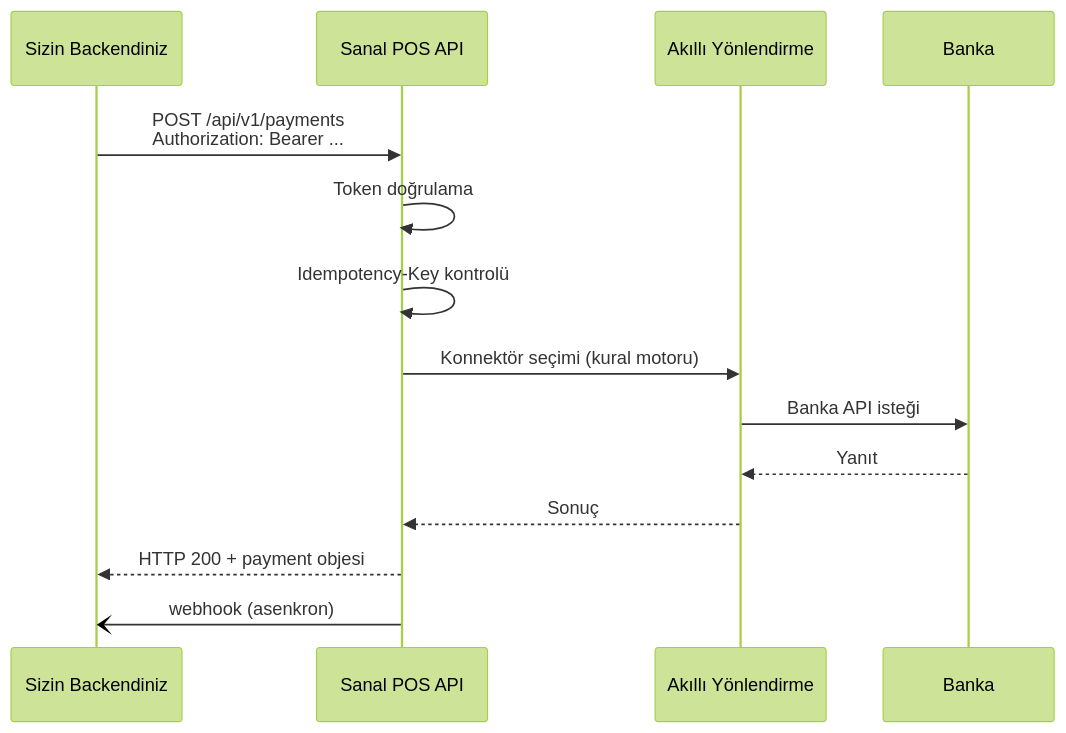
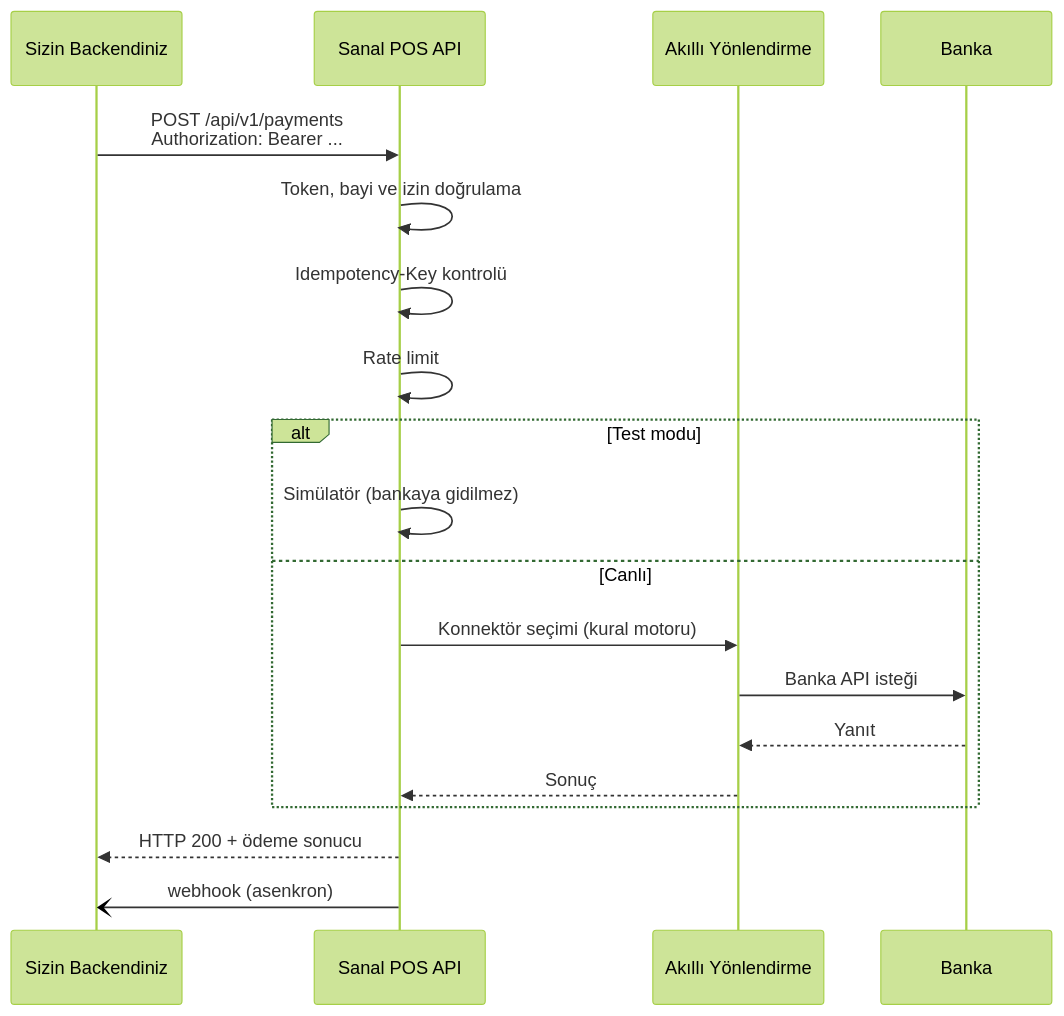
The third of 3 diagrams in documentation/architecture.mdx (payment-pos/mintlify), drawn with Mermaid (forest theme) before and after one commit. The commit also changed other lines of this file and 135 other files, not shown here.

Commit message:
docs: dokumantasyon kodla hizalandi - yeni urun bolumleri (fatura odeme, e-fatura, isyeri API, MCP, eklentiler), Sanal POS/Para Transferi/Identity/Fraud yeniden yazim, test modu ve entegratör ifadeleri

````diff
--- a/documentation/architecture.mdx
+++ b/documentation/architecture.mdx
@@ -69,17 +71,22 @@
 ```mermaid
 sequenceDiagram
     participant App as Sizin Backendiniz
     participant API as Sanal POS API
     participant Routing as Akıllı Yönlendirme
     participant Bank as Banka
 
     App->>API: POST /api/v1/payments<br/>Authorization: Bearer ...
-    API->>API: Token doğrulama
+    API->>API: Token, bayi ve izin doğrulama
     API->>API: Idempotency-Key kontrolü
-    API->>Routing: Konnektör seçimi (kural motoru)
-    Routing->>Bank: Banka API isteği
-    Bank-->>Routing: Yanıt
-    Routing-->>API: Sonuç
-    API-->>App: HTTP 200 + payment objesi
+    API->>API: Rate limit
+    alt Test modu
+        API->>API: Simülatör (bankaya gidilmez)
+    else Canlı
+        API->>Routing: Konnektör seçimi (kural motoru)
+        Routing->>Bank: Banka API isteği
+        Bank-->>Routing: Yanıt
+        Routing-->>API: Sonuç
+    end
+    API-->>App: HTTP 200 + ödeme sonucu
     API-)App: webhook (asenkron)
 ```
````
